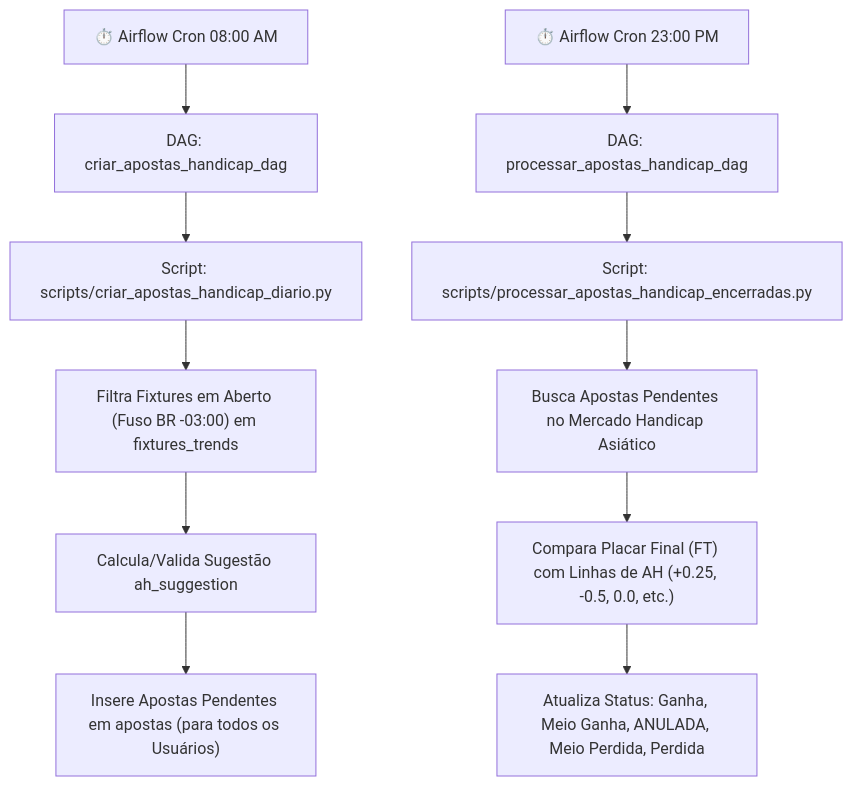
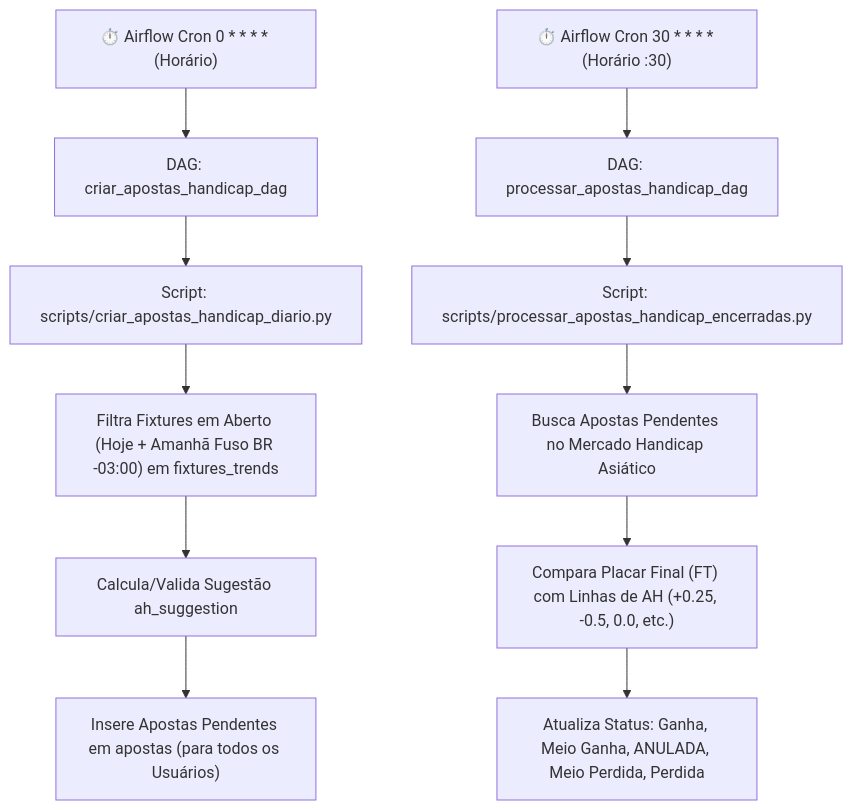
The diagram in docs/footballweb/DAGS_HANDICAP_ASIATICO.md (paulomnasc/datalake-air-flow-delta), drawn with Mermaid before and after one commit. The commit also changed other lines of this file and 3 other files, not shown here.

````diff
--- a/docs/footballweb/DAGS_HANDICAP_ASIATICO.md
+++ b/docs/footballweb/DAGS_HANDICAP_ASIATICO.md
@@ -13,14 +13,14 @@
 ```mermaid
 flowchart TD
-    A["⏱️ Airflow Cron 08:00 AM"] --> B["DAG: criar_apostas_handicap_dag"]
+    A["⏱️ Airflow Cron 0 * * * * (Horário)"] --> B["DAG: criar_apostas_handicap_dag"]
     B --> C["Script: scripts/criar_apostas_handicap_diario.py"]
-    C --> D["Filtra Fixtures em Aberto (Fuso BR -03:00) em fixtures_trends"]
+    C --> D["Filtra Fixtures em Aberto (Hoje + Amanhã Fuso BR -03:00) em fixtures_trends"]
     D --> E["Calcula/Valida Sugestão ah_suggestion"]
     E --> F["Insere Apostas Pendentes em apostas (para todos os Usuários)"]
 
-    G["⏱️ Airflow Cron 23:00 PM"] --> H["DAG: processar_apostas_handicap_dag"]
+    G["⏱️ Airflow Cron 30 * * * * (Horário :30)"] --> H["DAG: processar_apostas_handicap_dag"]
     H --> I["Script: scripts/processar_apostas_handicap_encerradas.py"]
     I --> J["Busca Apostas Pendentes no Mercado Handicap Asiático"]
     J --> K["Compara Placar Final (FT) com Linhas de AH (+0.25, -0.5, 0.0, etc.)"]
     K --> L["Atualiza Status: Ganha, Meio Ganha, ANULADA, Meio Perdida, Perdida"]
 ```
````
